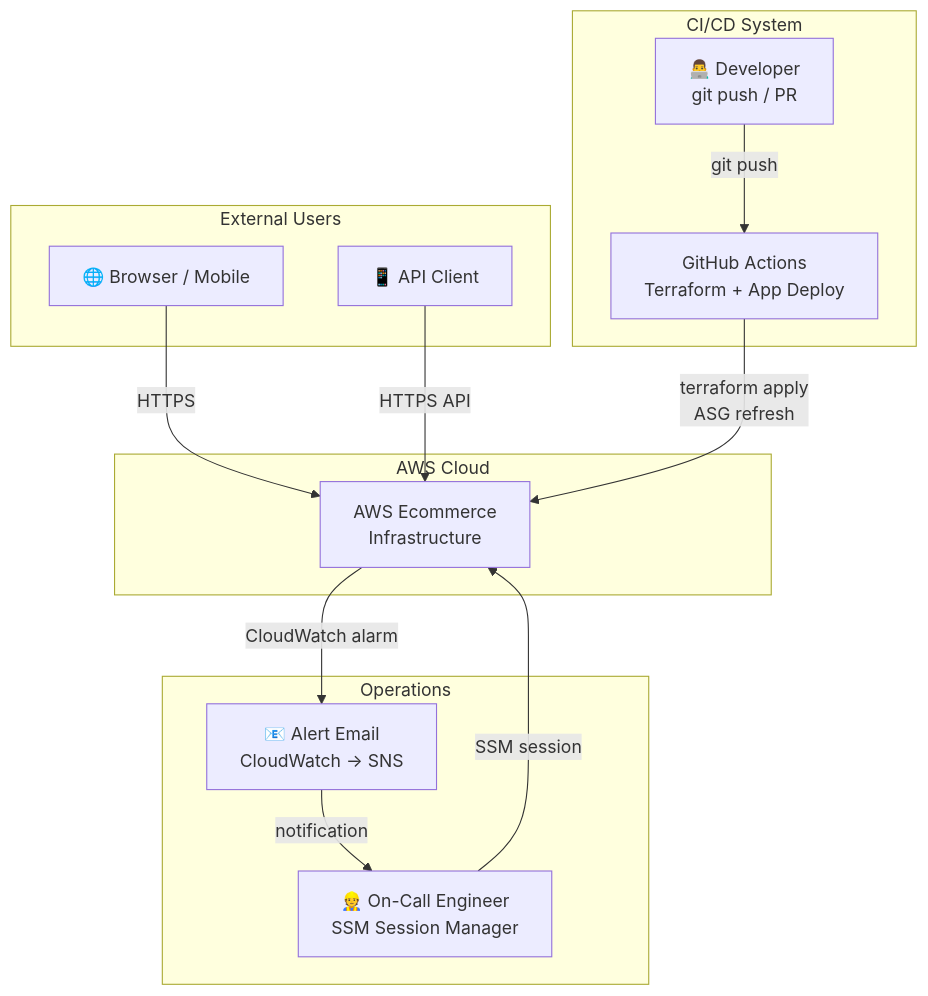
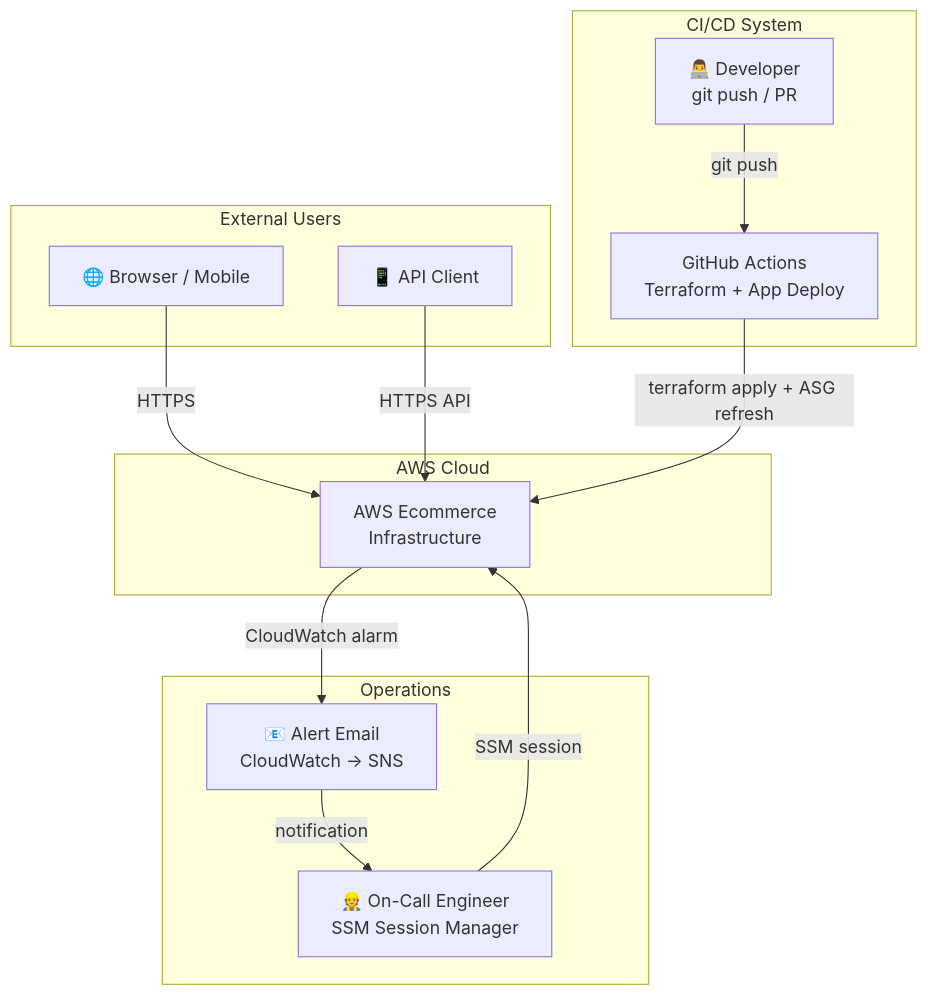
Before and after one commit to rizwan66/aws-ecommerce-infra: the first of 10 diagrams in docs/architecture.md, drawn with Mermaid. The commit also changed other lines of this file, not shown here.

First line of the commit message:
fix(docs): fix Mermaid parse errors in architecture.md diagrams

````diff
--- a/docs/architecture.md
+++ b/docs/architecture.md
@@ -9,29 +9,29 @@
 ```mermaid
 graph TB
     subgraph Users["External Users"]
         U1[🌐 Browser / Mobile]
         U2[📱 API Client]
     end
 
     subgraph CI["CI/CD System"]
         GH[GitHub Actions\nTerraform + App Deploy]
         DEV[👨‍💻 Developer\ngit push / PR]
     end
 
     subgraph AWS["AWS Cloud"]
         INFRA[AWS Ecommerce\nInfrastructure]
     end
 
     subgraph Ops["Operations"]
         ONCALL[👷 On-Call Engineer\nSSM Session Manager]
         EMAIL[📧 Alert Email\nCloudWatch → SNS]
     end
 
     U1 -->|HTTPS| INFRA
     U2 -->|HTTPS API| INFRA
     DEV -->|git push| GH
-    GH -->|terraform apply\nASG refresh| INFRA
+    GH -->|terraform apply + ASG refresh| INFRA
     INFRA -->|CloudWatch alarm| EMAIL
     EMAIL -->|notification| ONCALL
     ONCALL -->|SSM session| INFRA
 ```
````
